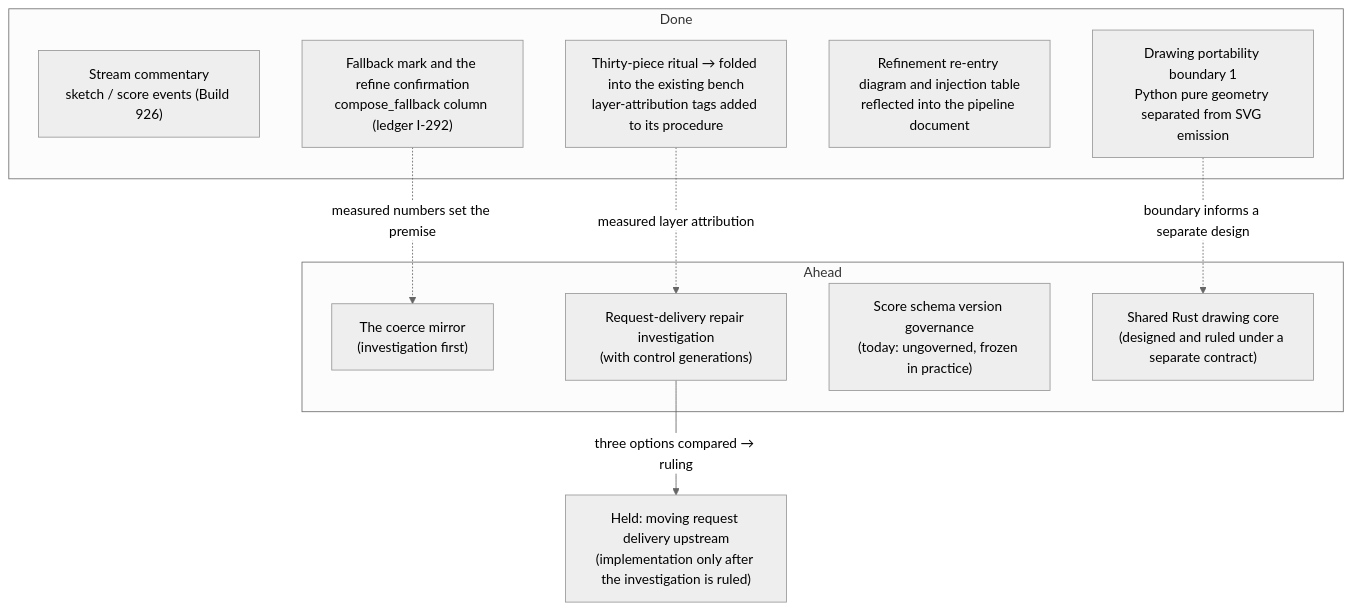
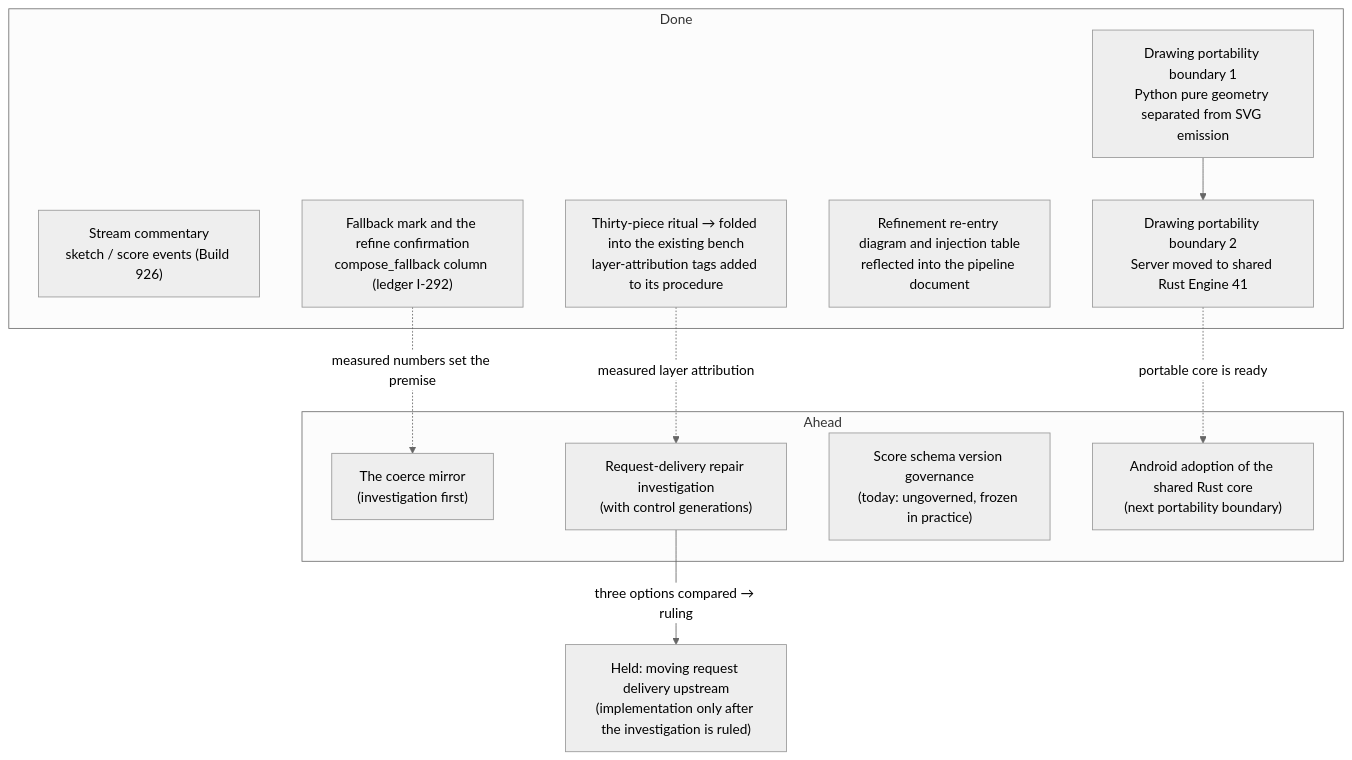
One commit to oikawas/inku-lang changed the diagram in docs/architecture/future-plan.md. Above: the diagram before and after it, drawn with Mermaid (neutral theme). The commit also changed other lines of this file and 17 other files, not shown here.

````diff
--- a/docs/architecture/future-plan.md
+++ b/docs/architecture/future-plan.md
@@ -17,22 +17,24 @@
 ```mermaid
 flowchart TD
     subgraph DONE["Done"]
         STREAM["Stream commentary\nsketch / score events (Build 926)"]
         MARK["Fallback mark and the refine confirmation\ncompose_fallback column (ledger I-292)"]
         RITUAL["Thirty-piece ritual → folded into the existing bench\nlayer-attribution tags added to its procedure"]
         DOCS["Refinement re-entry diagram and injection table\nreflected into the pipeline document"]
         PORT_BOUNDARY["Drawing portability boundary 1\nPython pure geometry separated from SVG emission"]
+        RUST_CORE["Drawing portability boundary 2\nServer moved to shared Rust Engine 41"]
     end
     subgraph NEXT["Ahead"]
         MIRROR["The coerce mirror\n(investigation first)"]
         P41["Request-delivery repair investigation\n(with control generations)"]
         GOV["Score schema version governance\n(today: ungoverned, frozen in practice)"]
-        RUST_CORE["Shared Rust drawing core\n(designed and ruled under a separate contract)"]
+        ANDROID_RUST["Android adoption of the shared Rust core\n(next portability boundary)"]
     end
     HELD["Held: moving request delivery upstream\n(implementation only after the investigation is ruled)"]
 
     MARK -.->|"measured numbers set the premise"| MIRROR
     P41 -->|"three options compared → ruling"| HELD
     RITUAL -.->|"measured layer attribution"| P41
-    PORT_BOUNDARY -.->|"boundary informs a separate design"| RUST_CORE
+    PORT_BOUNDARY --> RUST_CORE
+    RUST_CORE -.->|"portable core is ready"| ANDROID_RUST
 ```
````
